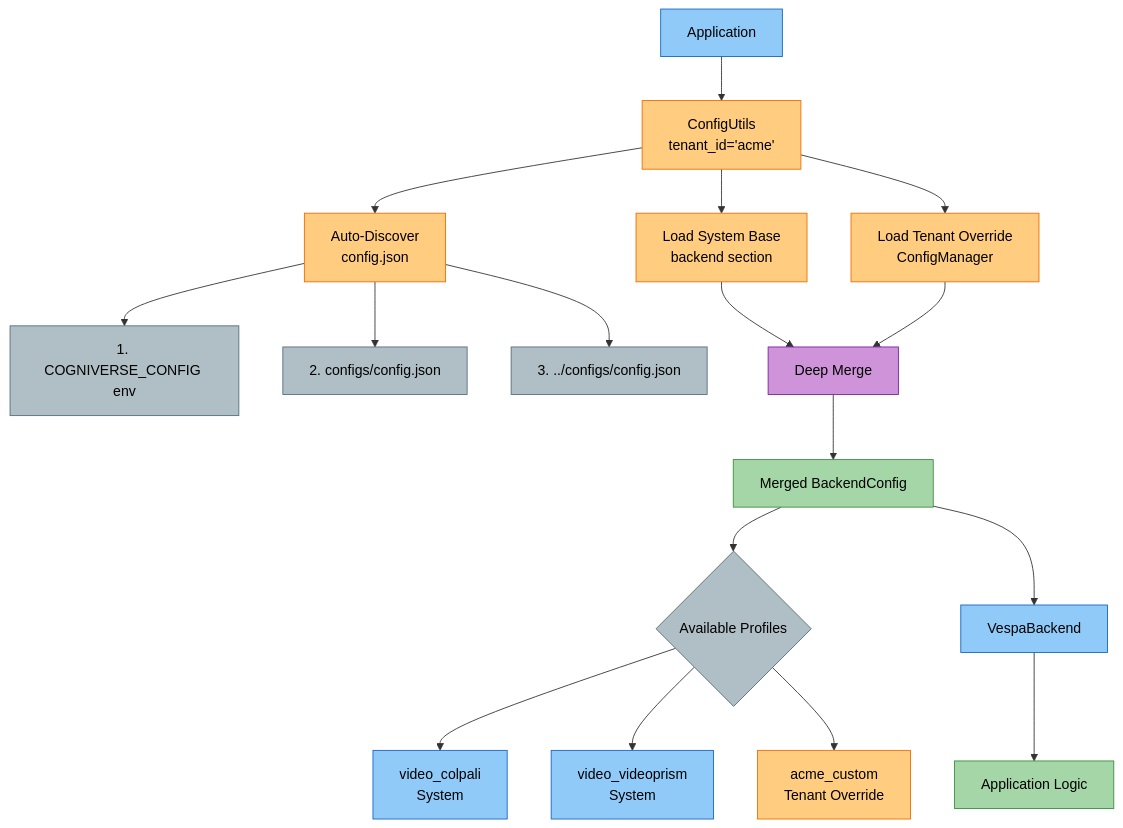
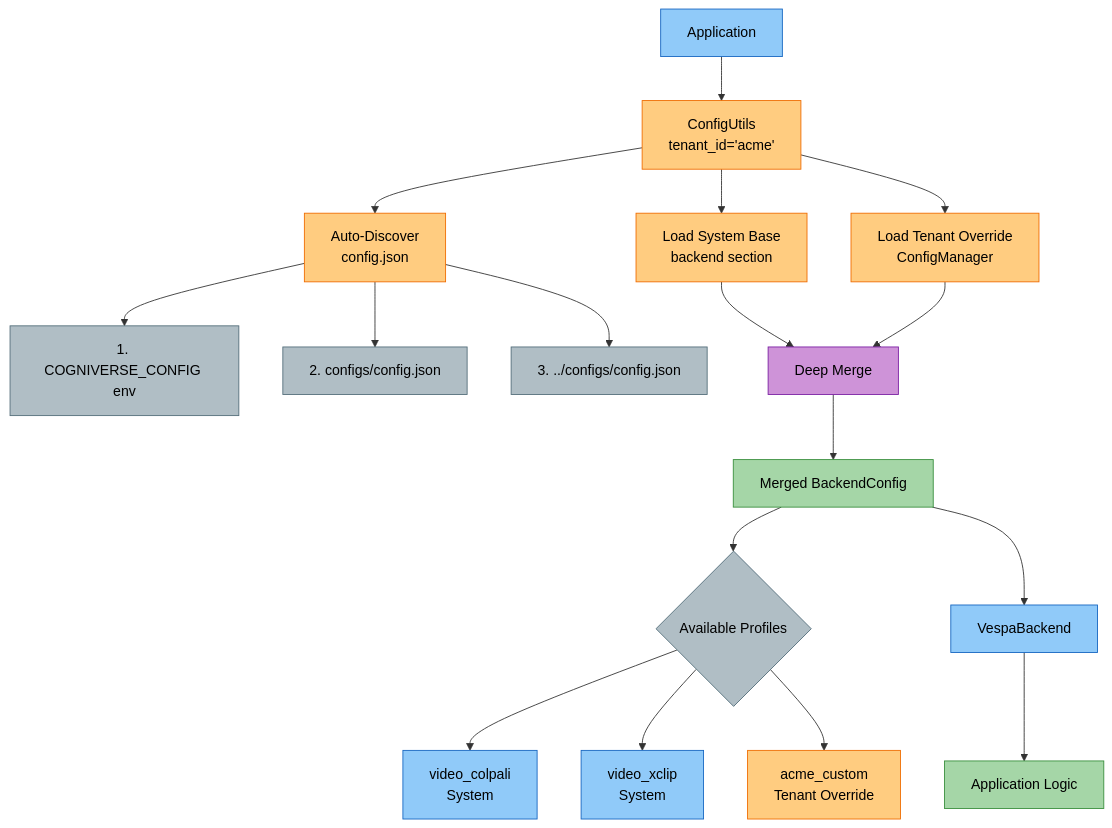
The third of 9 diagrams in docs/modules/backends.md (amit-jain/cogniverse), drawn with Mermaid before and after one commit. The commit also changed other lines of this file and 168 other files, not shown here.

First line of the commit message:
Remove VideoPrism; X-CLIP is the video embedder

````diff
--- a/docs/modules/backends.md
+++ b/docs/modules/backends.md
@@ -464,42 +464,42 @@
 ```mermaid
 flowchart TB
     App["<span style='color:#000'>Application</span>"] --> ConfigUtils["<span style='color:#000'>ConfigUtils<br/>tenant_id='acme'</span>"]
 
     ConfigUtils --> AutoDiscover["<span style='color:#000'>Auto-Discover<br/>config.json</span>"]
     AutoDiscover --> SearchPath1["<span style='color:#000'>1. COGNIVERSE_CONFIG env</span>"]
     AutoDiscover --> SearchPath2["<span style='color:#000'>2. configs/config.json</span>"]
     AutoDiscover --> SearchPath3["<span style='color:#000'>3. ../configs/config.json</span>"]
 
     ConfigUtils --> LoadSystem["<span style='color:#000'>Load System Base<br/>backend section</span>"]
     ConfigUtils --> LoadTenant["<span style='color:#000'>Load Tenant Override<br/>ConfigManager</span>"]
 
     LoadSystem --> Merge["<span style='color:#000'>Deep Merge</span>"]
     LoadTenant --> Merge
 
     Merge --> MergedBackend["<span style='color:#000'>Merged BackendConfig</span>"]
     MergedBackend --> Profiles{"<span style='color:#000'>Available Profiles</span>"}
 
     Profiles --> ColPali["<span style='color:#000'>video_colpali<br/>System</span>"]
-    Profiles --> VideoPrism["<span style='color:#000'>video_videoprism<br/>System</span>"]
+    Profiles --> X-CLIP["<span style='color:#000'>video_xclip<br/>System</span>"]
     Profiles --> AcmeCustom["<span style='color:#000'>acme_custom<br/>Tenant Override</span>"]
 
     MergedBackend --> VespaBackend["<span style='color:#000'>VespaBackend</span>"]
     VespaBackend --> Application["<span style='color:#000'>Application Logic</span>"]
 
     style App fill:#90caf9,stroke:#1565c0,color:#000
     style ConfigUtils fill:#ffcc80,stroke:#ef6c00,color:#000
     style AutoDiscover fill:#ffcc80,stroke:#ef6c00,color:#000
     style SearchPath1 fill:#b0bec5,stroke:#546e7a,color:#000
     style SearchPath2 fill:#b0bec5,stroke:#546e7a,color:#000
     style SearchPath3 fill:#b0bec5,stroke:#546e7a,color:#000
     style LoadSystem fill:#ffcc80,stroke:#ef6c00,color:#000
     style LoadTenant fill:#ffcc80,stroke:#ef6c00,color:#000
     style Merge fill:#ce93d8,stroke:#7b1fa2,color:#000
     style MergedBackend fill:#a5d6a7,stroke:#388e3c,color:#000
     style Profiles fill:#b0bec5,stroke:#546e7a,color:#000
     style ColPali fill:#90caf9,stroke:#1565c0,color:#000
-    style VideoPrism fill:#90caf9,stroke:#1565c0,color:#000
+    style X-CLIP fill:#90caf9,stroke:#1565c0,color:#000
     style AcmeCustom fill:#ffcc80,stroke:#ef6c00,color:#000
     style VespaBackend fill:#90caf9,stroke:#1565c0,color:#000
     style Application fill:#a5d6a7,stroke:#388e3c,color:#000
 ```
````
